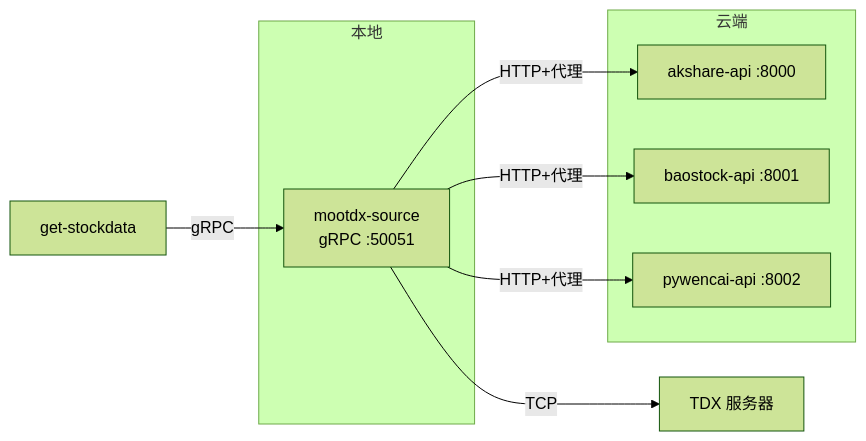
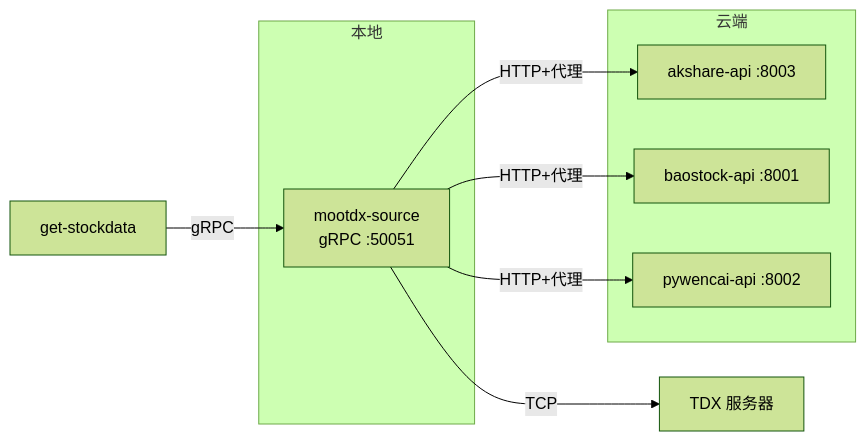
One commit to bxgh/microservice-stock-ck changed the diagram in docs/epics/epic008-hybrid-architecture/EPIC-008-混合架构实施.md. Above: the diagram before and after it, drawn with Mermaid (forest theme). The commit also changed other lines of this file and 40 other files, not shown here.

````diff
--- a/docs/epics/epic008-hybrid-architecture/EPIC-008-混合架构实施.md
+++ b/docs/epics/epic008-hybrid-architecture/EPIC-008-混合架构实施.md
@@ -34,18 +34,18 @@
 ```mermaid
 graph LR
     subgraph 本地
         MS[mootdx-source<br/>gRPC :50051]
     end
     
     subgraph 云端
-        AK[akshare-api :8000]
+        AK[akshare-api :8003]
         BS[baostock-api :8001]
         PW[pywencai-api :8002]
     end
     
     CLIENT[get-stockdata] -->|gRPC| MS
     MS -->|TCP| TDX[TDX 服务器]
     MS -->|HTTP+代理| AK
     MS -->|HTTP+代理| BS
     MS -->|HTTP+代理| PW
 ```
````
